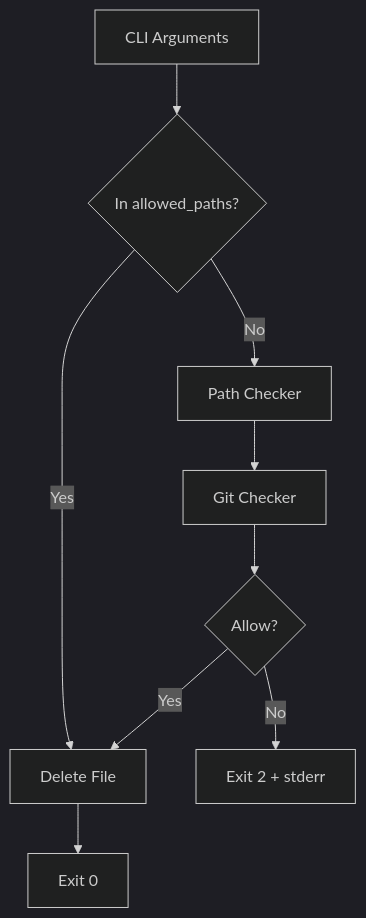
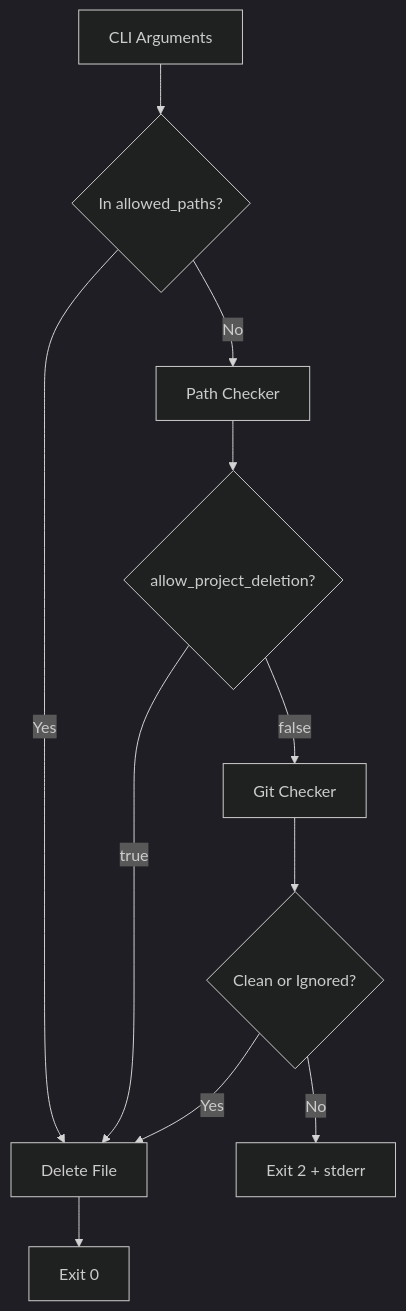
The first of 3 diagrams in README.md (owayo/safe-rm), drawn with Mermaid (dark theme) before and after one commit. The commit also changed other lines of this file and 4 other files, not shown here.

Commit message:
feat: allow_project_deletionオプションと関連ドキュメントを追加

````diff
--- a/README.md
+++ b/README.md
@@ -153,11 +161,13 @@
 ```mermaid
 flowchart TB
     CLI[CLI Arguments] --> ConfigCheck{In allowed_paths?}
     ConfigCheck -->|Yes| Delete[Delete File]
     ConfigCheck -->|No| PathCheck[Path Checker]
-    PathCheck --> GitCheck[Git Checker]
-    GitCheck --> Result{Allow?}
+    PathCheck --> ProjectCheck{allow_project_deletion?}
+    ProjectCheck -->|true| Delete
+    ProjectCheck -->|false| GitCheck[Git Checker]
+    GitCheck --> Result{Clean or Ignored?}
     Result -->|Yes| Delete
     Result -->|No| Exit2[Exit 2 + stderr]
     Delete --> Exit0[Exit 0]
 ```
````
